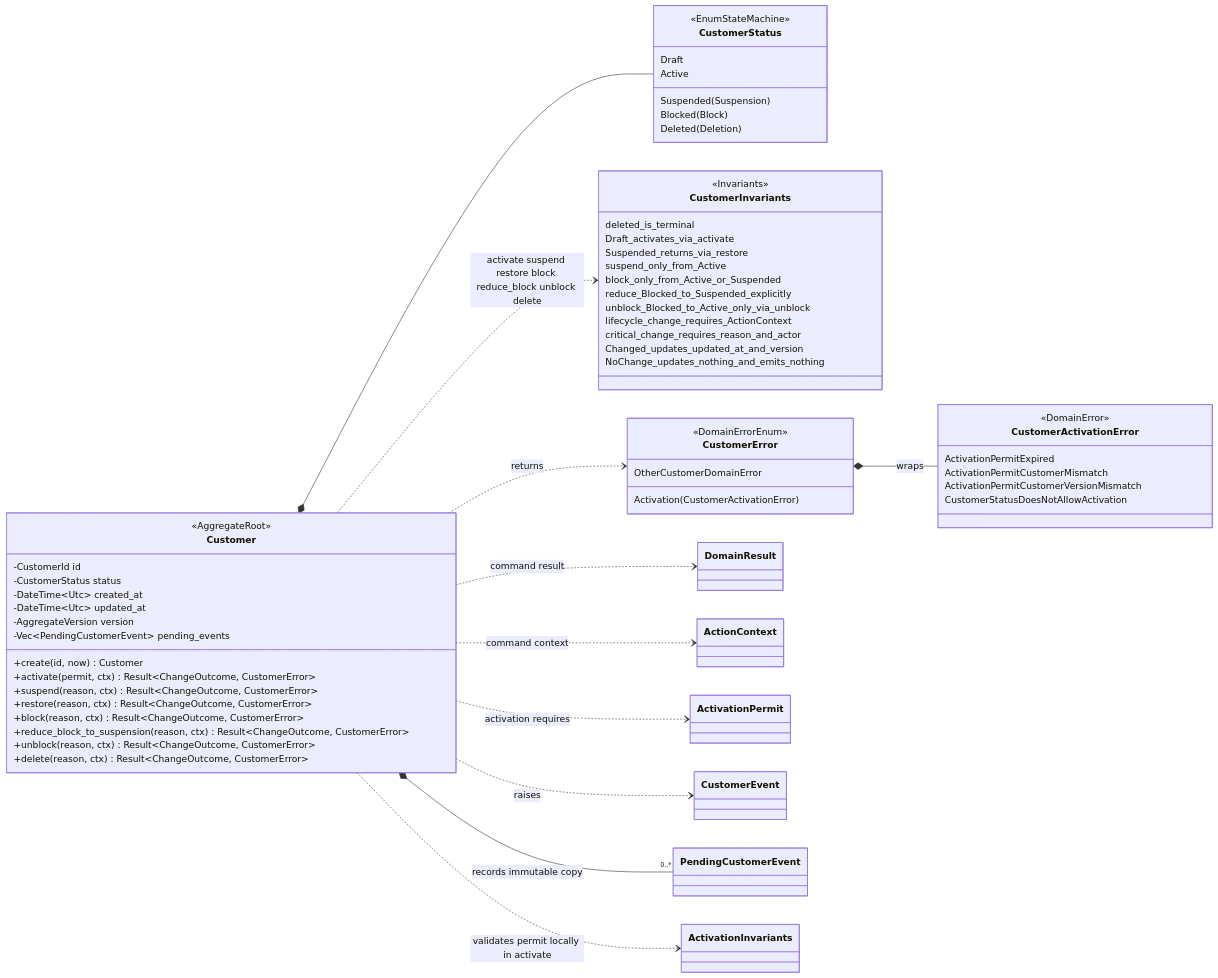
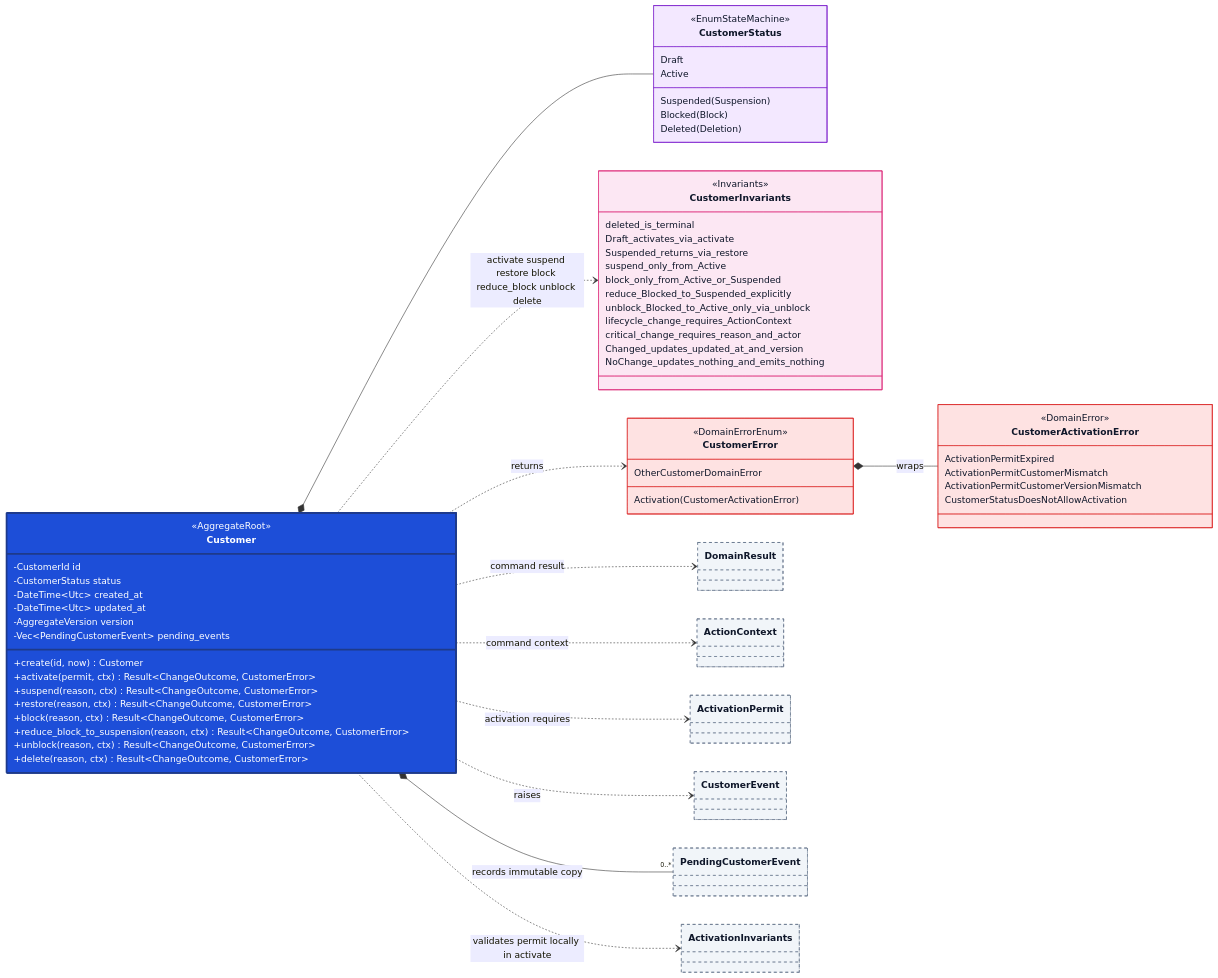
One commit to DeathRustZzZ/PitGO changed the diagram in docs/domain/customer/diagrams/01-customer-lifecycle.mmd. Above: the diagram before and after it, drawn with Mermaid. The commit also changed 18 other files, not shown here.

Commit message:
docs(customer): add style guide, refresh diagrams, add project docs

```diff
--- a/docs/domain/customer/diagrams/01-customer-lifecycle.mmd
+++ b/docs/domain/customer/diagrams/01-customer-lifecycle.mmd
@@ -1,81 +1,93 @@
 %% Customer lifecycle aggregate diagram.
 %% Source of truth: ../customer.md
 %% This file physically copies only the lifecycle slice.
 %% External entities are referenced by links only and remain defined in the
 %% source schema until their own detailed diagram files are populated.
 
 classDiagram
     direction LR
 
     %% Customer lifecycle aggregate
     class Customer {
         <<AggregateRoot>>
         -CustomerId id
         -CustomerStatus status
         -DateTime~Utc~ created_at
         -DateTime~Utc~ updated_at
         -AggregateVersion version
         -Vec~PendingCustomerEvent~ pending_events
         +create(id, now) Customer
         +activate(permit, ctx) Result~ChangeOutcome, CustomerError~
         +suspend(reason, ctx) Result~ChangeOutcome, CustomerError~
         +restore(reason, ctx) Result~ChangeOutcome, CustomerError~
         +block(reason, ctx) Result~ChangeOutcome, CustomerError~
         +reduce_block_to_suspension(reason, ctx) Result~ChangeOutcome, CustomerError~
         +unblock(reason, ctx) Result~ChangeOutcome, CustomerError~
         +delete(reason, ctx) Result~ChangeOutcome, CustomerError~
     }
 
     class CustomerStatus {
         <<EnumStateMachine>>
         Draft
         Active
         Suspended(Suspension)
         Blocked(Block)
         Deleted(Deletion)
     }
 
     %% Invariants belong to domain model, not DTO validation.
     %% Aggregate must protect its own local invariants.
     %% No-op commands must not create domain events.
     %% NoChange does not update updated_at or increment AggregateVersion.
     %% NoChange does not emit DomainEvent.
     class CustomerInvariants {
         <<Invariants>>
         deleted_is_terminal
         Draft_activates_via_activate
         Suspended_returns_via_restore
         suspend_only_from_Active
         block_only_from_Active_or_Suspended
         reduce_Blocked_to_Suspended_explicitly
         unblock_Blocked_to_Active_only_via_unblock
         lifecycle_change_requires_ActionContext
         critical_change_requires_reason_and_actor
         Changed_updates_updated_at_and_version
         NoChange_updates_nothing_and_emits_nothing
     }
 
     class CustomerActivationError {
         <<DomainError>>
         ActivationPermitExpired
         ActivationPermitCustomerMismatch
         ActivationPermitCustomerVersionMismatch
         CustomerStatusDoesNotAllowActivation
     }
 
     class CustomerError {
         <<DomainErrorEnum>>
         Activation(CustomerActivationError)
         OtherCustomerDomainError
     }
 
     Customer ..> CustomerInvariants : activate suspend restore block reduce_block unblock delete
     Customer ..> DomainResult : command result
     Customer *-- CustomerStatus
     Customer ..> ActionContext : command context
     Customer ..> ActivationPermit : activation requires
     Customer ..> CustomerEvent : raises
     Customer *-- "0..*" PendingCustomerEvent : records immutable copy
     Customer ..> CustomerError : returns
     CustomerError *-- CustomerActivationError : wraps
     Customer ..> ActivationInvariants : validates permit locally in activate
+
+    style Customer fill:#1D4ED8,stroke:#1E3A8A,stroke-width:3px,color:#FFFFFF
+    style CustomerStatus fill:#F3E8FF,stroke:#7E22CE,color:#0F172A
+    style CustomerActivationError fill:#FEE2E2,stroke:#DC2626,color:#0F172A
+    style CustomerError fill:#FEE2E2,stroke:#DC2626,color:#0F172A
+    style CustomerInvariants fill:#FCE7F3,stroke:#DB2777,color:#0F172A
+    style ActionContext fill:#F1F5F9,stroke:#64748B,stroke-dasharray:5 5,color:#0F172A
+    style ActivationInvariants fill:#F1F5F9,stroke:#64748B,stroke-dasharray:5 5,color:#0F172A
+    style ActivationPermit fill:#F1F5F9,stroke:#64748B,stroke-dasharray:5 5,color:#0F172A
+    style CustomerEvent fill:#F1F5F9,stroke:#64748B,stroke-dasharray:5 5,color:#0F172A
+    style DomainResult fill:#F1F5F9,stroke:#64748B,stroke-dasharray:5 5,color:#0F172A
+    style PendingCustomerEvent fill:#F1F5F9,stroke:#64748B,stroke-dasharray:5 5,color:#0F172A
```
